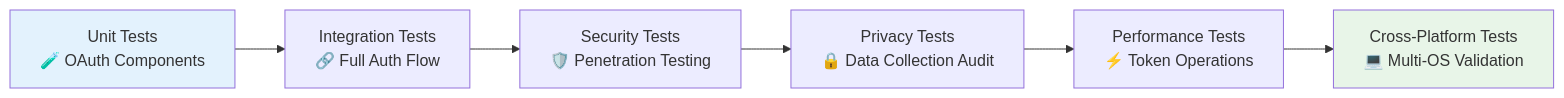
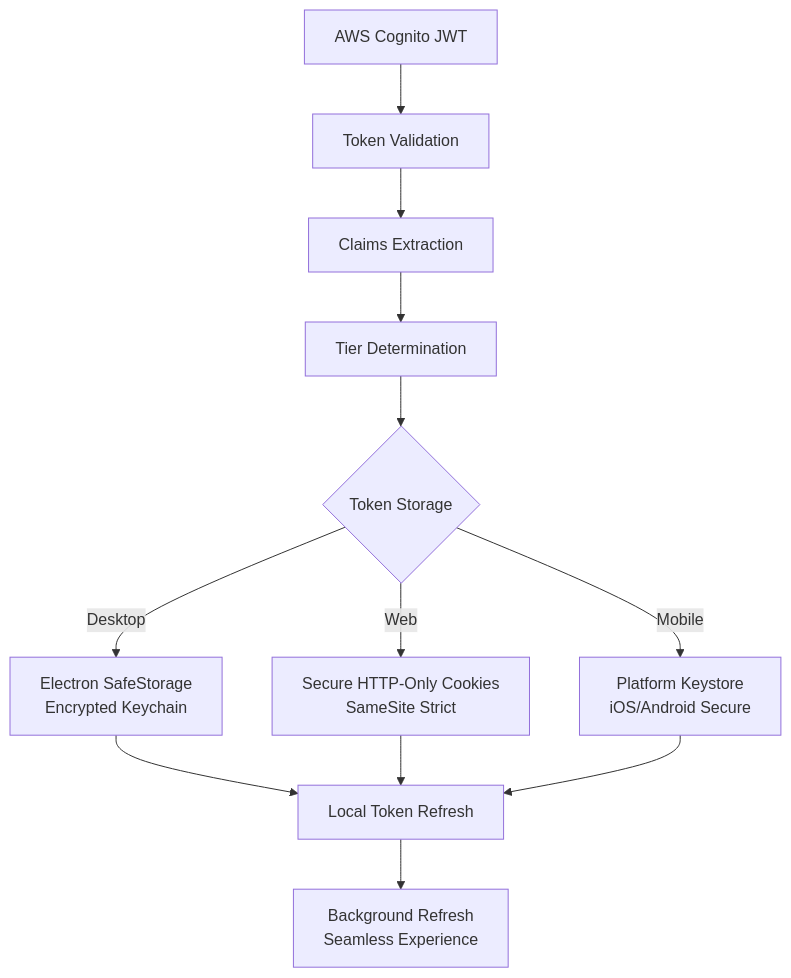
The eighth of 13 diagrams in docs/AUTHENTICATION-STRATEGY.md (michaeloboyle/MessagePedia-WebRTC-Electron), drawn with Mermaid before and after one commit. The commit also changed other lines of this file and 37 other files, not shown here.

````diff
--- a/docs/AUTHENTICATION-STRATEGY.md
+++ b/docs/AUTHENTICATION-STRATEGY.md
@@ -371,11 +249,17 @@
 ```mermaid
-flowchart LR
-    A[Unit Tests<br/>🧪 OAuth Components] --> B[Integration Tests<br/>🔗 Full Auth Flow]
-    B --> C[Security Tests<br/>🛡️ Penetration Testing]
-    C --> D[Privacy Tests<br/>🔒 Data Collection Audit]
-    D --> E[Performance Tests<br/>⚡ Token Operations]
-    E --> F[Cross-Platform Tests<br/>💻 Multi-OS Validation]
+flowchart TD
+    A[AWS Cognito JWT] --> B[Token Validation]
+    B --> C[Claims Extraction]
+    C --> D[Tier Determination]
     
-    style A fill:#e3f2fd
-    style F fill:#e8f5e8
+    D --> E{Token Storage}
+    E -->|Desktop| F[Electron SafeStorage<br/>Encrypted Keychain]
+    E -->|Web| G[Secure HTTP-Only Cookies<br/>SameSite Strict]
+    E -->|Mobile| H[Platform Keystore<br/>iOS/Android Secure]
+    
+    F --> I[Local Token Refresh]
+    G --> I
+    H --> I
+    
+    I --> J[Background Refresh<br/>Seamless Experience]
 ```
````
